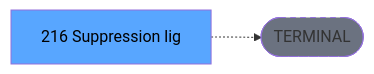
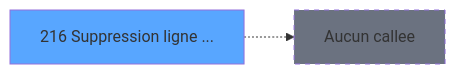
The third of 3 diagrams in .openspec/specs/ADH-IDE-216.md (thonyAGP/magic-migration), drawn with Mermaid before and after one commit. The commit also changed other lines of this file and 493 other files, not shown here.

````diff
--- a/.openspec/specs/ADH-IDE-216.md
+++ b/.openspec/specs/ADH-IDE-216.md
@@ -138,8 +142,8 @@
 ```mermaid
 graph LR
-    T[216 Suppression lig]
-    TERM([TERMINAL])
-    T -.-> TERM
-    style TERM fill:#6b7280,stroke-dasharray: 5 5
-    style T fill:#58a6ff,color:#000
+    T216[216 Suppression ligne ...]
+    style T216 fill:#58a6ff
+    NONE[Aucun callee]
+    T216 -.-> NONE
+    style NONE fill:#6b7280,stroke-dasharray: 5 5
 ```
````
